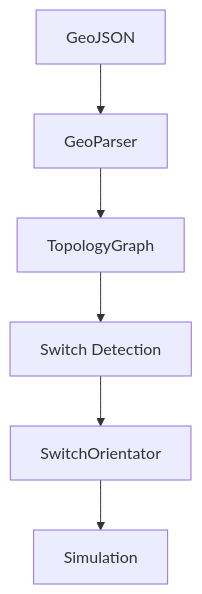
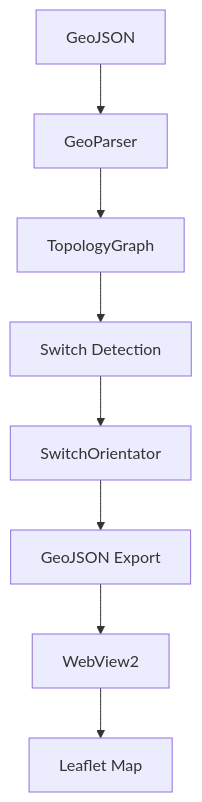
The diagram in README.md (azertval/SimulateurFerroviaire), drawn with Mermaid before and after one commit. The commit also changed other lines of this file and 2 other files, not shown here.

````diff
--- a/README.md
+++ b/README.md
@@ -15,8 +10,10 @@
 ```mermaid
 graph TD
     A[GeoJSON] --> B[GeoParser]
     B --> C[TopologyGraph]
     C --> D[Switch Detection]
     D --> E[SwitchOrientator]
-    E --> F[Simulation]
+    E --> F[GeoJSON Export]
+    F --> G[WebView2]
+    G --> H[Leaflet Map]
 ```
````
